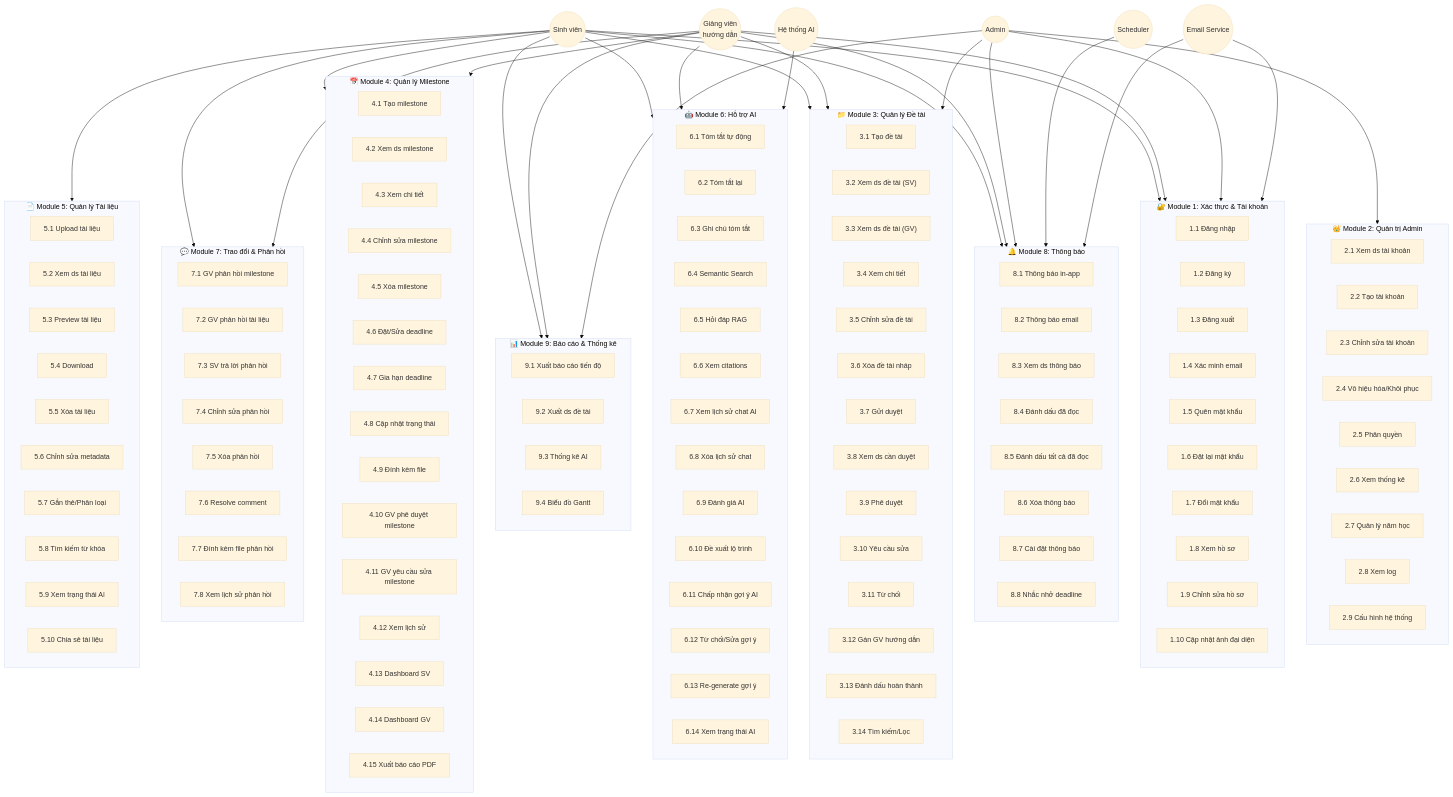
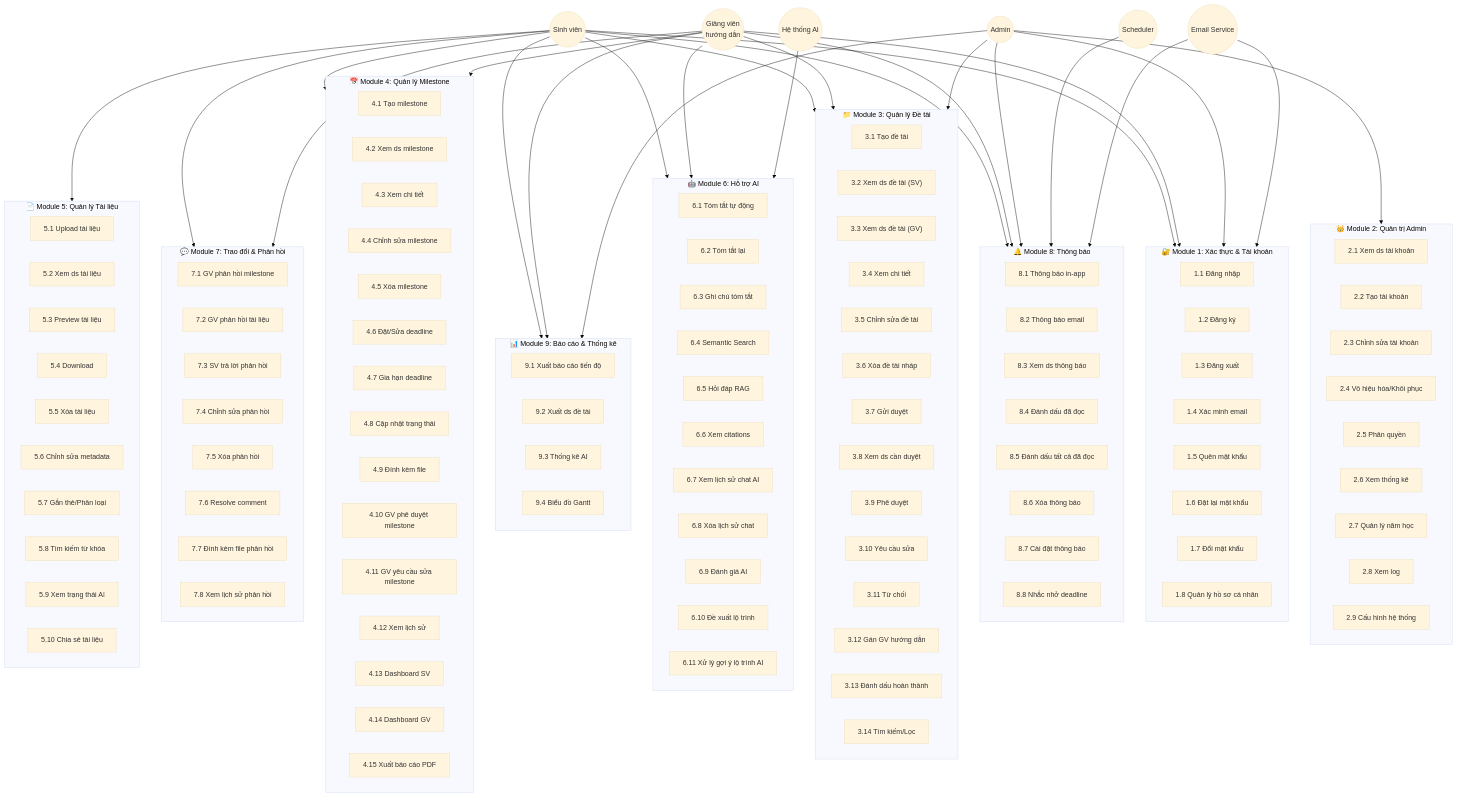
The first of 2 diagrams in Tài liệu dự án/00_UC_Overview.md (DinhKhoa/NovaThesis), drawn with Mermaid (base theme) before and after one commit. The commit also changed other lines of this file and 10 other files, not shown here.

```diff
--- a/Tài liệu dự án/00_UC_Overview.md
+++ b/Tài liệu dự án/00_UC_Overview.md
@@ -38,9 +38,7 @@
         UC15["1.5 Quên mật khẩu"]
         UC16["1.6 Đặt lại mật khẩu"]
         UC17["1.7 Đổi mật khẩu"]
-        UC18["1.8 Xem hồ sơ"]
-        UC19["1.9 Chỉnh sửa hồ sơ"]
-        UC110["1.10 Cập nhật ảnh đại diện"]
+        UC18["1.8 Quản lý hồ sơ cá nhân"]
     end
 
     subgraph M2["👑 Module 2: Quản trị Admin"]
@@ -114,10 +112,7 @@
         UC68["6.8 Xóa lịch sử chat"]
         UC69["6.9 Đánh giá AI"]
         UC610["6.10 Đề xuất lộ trình"]
-        UC611["6.11 Chấp nhận gợi ý AI"]
-        UC612["6.12 Từ chối/Sửa gợi ý"]
-        UC613["6.13 Re-generate gợi ý"]
-        UC614["6.14 Xem trạng thái AI"]
+        UC611["6.11 Xử lý gợi ý lộ trình AI"]
     end
 
     subgraph M7["💬 Module 7: Trao đổi & Phản hồi"]
```
